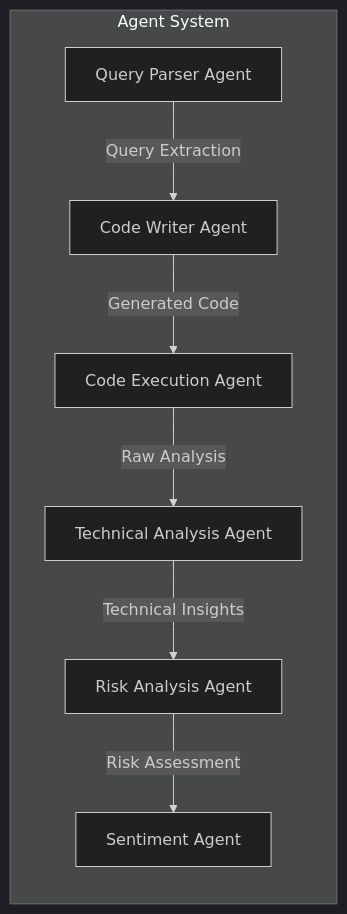
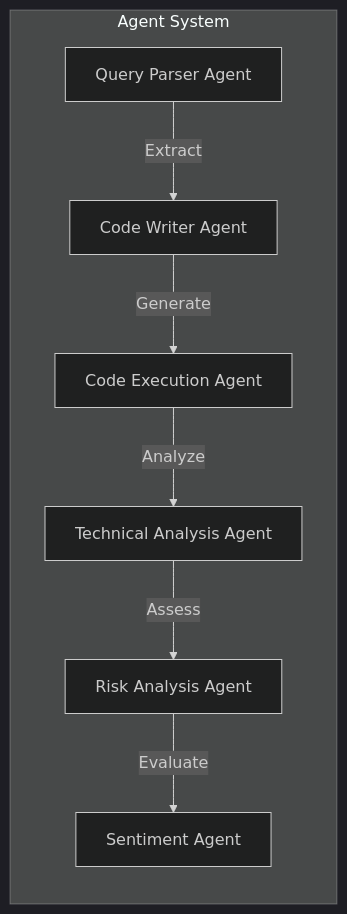
Before and after one commit to thuyvinhdinh175/Quant-Agentic-AI: the third of 6 diagrams in README.md, drawn with Mermaid (dark theme). The commit also changed other lines of this file, not shown here.

````diff
--- a/README.md
+++ b/README.md
@@ -44,18 +37,17 @@
 ```mermaid
-flowchart LR
-    QueryAgent["Query Parser Agent"] -->|"Query Extraction"| CodeAgent["Code Writer Agent"]
-    CodeAgent -->|"Generated Code"| ExecAgent["Code Execution Agent"]
-    ExecAgent -->|"Raw Analysis"| TechAgent["Technical Analysis Agent"]
-    TechAgent -->|"Technical Insights"| RiskAgent["Risk Analysis Agent"]
-    RiskAgent -->|"Risk Assessment"| SentimentAgent["Sentiment Agent"]
+graph LR
+    QueryAgent["Query Parser Agent"] -->|"Extract"| CodeAgent["Code Writer Agent"]
+    CodeAgent -->|"Generate"| ExecAgent["Code Execution Agent"]
+    ExecAgent -->|"Analyze"| TechAgent["Technical Analysis Agent"]
+    TechAgent -->|"Assess"| RiskAgent["Risk Analysis Agent"]
+    RiskAgent -->|"Evaluate"| SentimentAgent["Sentiment Agent"]
     
-    %% Common terminology with main diagram
     subgraph Agents["Agent System"]
         QueryAgent
         CodeAgent
         ExecAgent
         TechAgent
         RiskAgent
         SentimentAgent
     end
 ```
````
